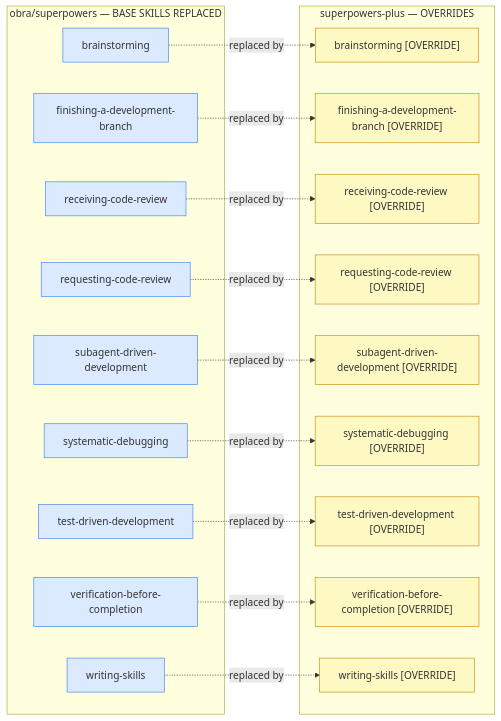
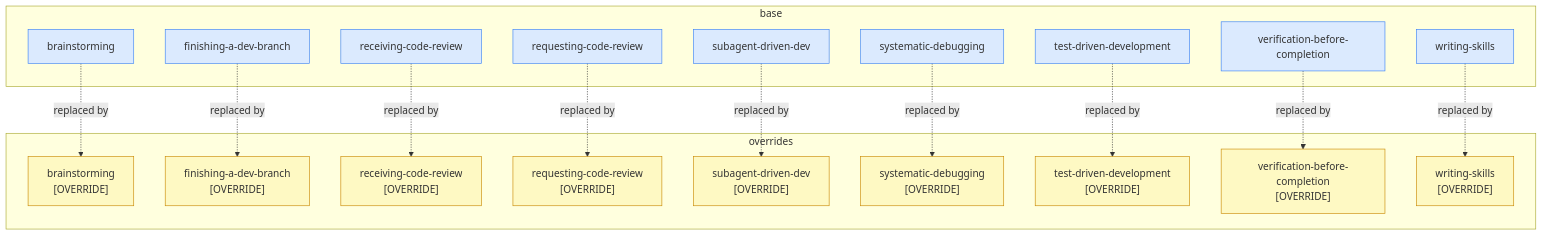
Before and after one commit to bordenet/superpowers-plus: the first of 7 diagrams in docs/SKILL_TAXONOMY.md, drawn with Mermaid. The commit also changed other lines of this file and 3 other files, not shown here.

First line of the commit message:
docs: add DESIGN.md and fix mermaid diagrams across docs (#675)

````diff
--- a/docs/SKILL_TAXONOMY.md
+++ b/docs/SKILL_TAXONOMY.md
@@ -28,39 +30,39 @@
 ```mermaid
-flowchart LR
+flowchart TD
     classDef base fill:#dbeafe,stroke:#3b82f6
     classDef ovrd fill:#fef9c3,stroke:#ca8a04
 
-    subgraph upstream["obra/superpowers — BASE SKILLS REPLACED"]
+    subgraph upstream["base"]
         b1[brainstorming]:::base
-        b2[finishing-a-development-branch]:::base
+        b2[finishing-a-dev-branch]:::base
         b3[receiving-code-review]:::base
         b4[requesting-code-review]:::base
-        b5[subagent-driven-development]:::base
+        b5[subagent-driven-dev]:::base
         b6[systematic-debugging]:::base
         b7[test-driven-development]:::base
         b8[verification-before-completion]:::base
         b9[writing-skills]:::base
     end
 
-    subgraph sp_plus["superpowers-plus — OVERRIDES"]
-        p1["brainstorming [OVERRIDE]"]:::ovrd
-        p2["finishing-a-development-branch [OVERRIDE]"]:::ovrd
-        p3["receiving-code-review [OVERRIDE]"]:::ovrd
-        p4["requesting-code-review [OVERRIDE]"]:::ovrd
-        p5["subagent-driven-development [OVERRIDE]"]:::ovrd
-        p6["systematic-debugging [OVERRIDE]"]:::ovrd
-        p7["test-driven-development [OVERRIDE]"]:::ovrd
-        p8["verification-before-completion [OVERRIDE]"]:::ovrd
-        p9["writing-skills [OVERRIDE]"]:::ovrd
+    subgraph sp_plus["overrides"]
+        p1["brainstorming<br/>[OVERRIDE]"]:::ovrd
+        p2["finishing-a-dev-branch<br/>[OVERRIDE]"]:::ovrd
+        p3["receiving-code-review<br/>[OVERRIDE]"]:::ovrd
+        p4["requesting-code-review<br/>[OVERRIDE]"]:::ovrd
+        p5["subagent-driven-dev<br/>[OVERRIDE]"]:::ovrd
+        p6["systematic-debugging<br/>[OVERRIDE]"]:::ovrd
+        p7["test-driven-development<br/>[OVERRIDE]"]:::ovrd
+        p8["verification-before-completion<br/>[OVERRIDE]"]:::ovrd
+        p9["writing-skills<br/>[OVERRIDE]"]:::ovrd
     end
 
     b1 -.->|replaced by| p1
     b2 -.->|replaced by| p2
     b3 -.->|replaced by| p3
     b4 -.->|replaced by| p4
     b5 -.->|replaced by| p5
     b6 -.->|replaced by| p6
     b7 -.->|replaced by| p7
     b8 -.->|replaced by| p8
     b9 -.->|replaced by| p9
 ```
````
